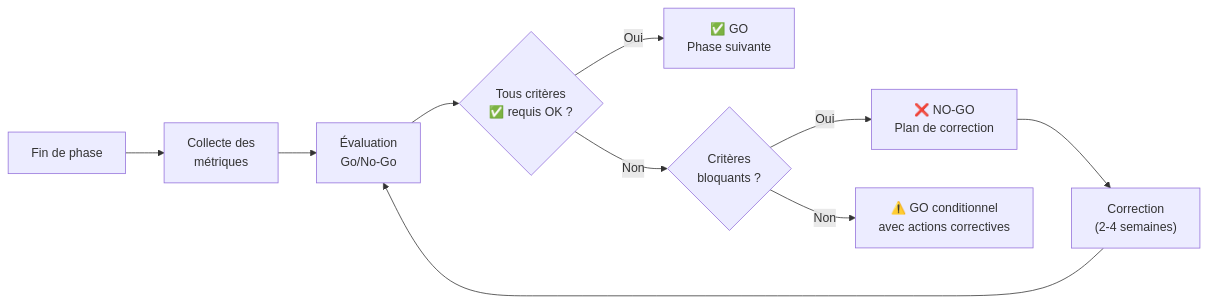
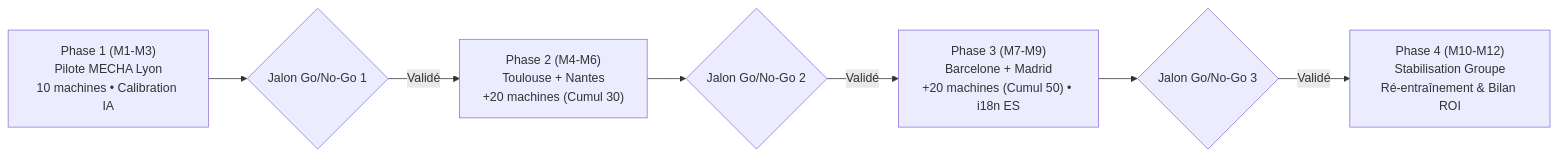
The diagram in docs/deployment_plan.md (HASHT85/MSPR2-MECHA), drawn with Mermaid before and after one commit. The commit also changed other lines of this file and 48 other files, not shown here.

````diff
--- a/docs/deployment_plan.md
+++ b/docs/deployment_plan.md
@@ -575,12 +57,9 @@
 ```mermaid
-graph LR
-    A["Fin de phase"] --> B["Collecte des<br/>métriques"]
-    B --> C["Évaluation<br/>Go/No-Go"]
-    C --> D{"Tous critères<br/>✅ requis OK ?"}
-    D -->|Oui| E["✅ GO<br/>Phase suivante"]
-    D -->|Non| F{"Critères<br/>bloquants ?"}
-    F -->|Oui| G["❌ NO-GO<br/>Plan de correction"]
-    F -->|Non| H["⚠️ GO conditionnel<br/>avec actions correctives"]
-    G --> I["Correction<br/>(2-4 semaines)"]
-    I --> C
+flowchart LR
+    P1["Phase 1 (M1-M3)<br/>Pilote MECHA Lyon<br/>10 machines • Calibration IA"] --> G1{"Jalon Go/No-Go 1"}
+    G1 -->|Validé| P2["Phase 2 (M4-M6)<br/>Toulouse + Nantes<br/>+20 machines (Cumul 30)"]
+    P2 --> G2{"Jalon Go/No-Go 2"}
+    G2 -->|Validé| P3["Phase 3 (M7-M9)<br/>Barcelone + Madrid<br/>+20 machines (Cumul 50) • i18n ES"]
+    P3 --> G3{"Jalon Go/No-Go 3"}
+    G3 -->|Validé| P4["Phase 4 (M10-M12)<br/>Stabilisation Groupe<br/>Ré-entraînement & Bilan ROI"]
 ```
````
